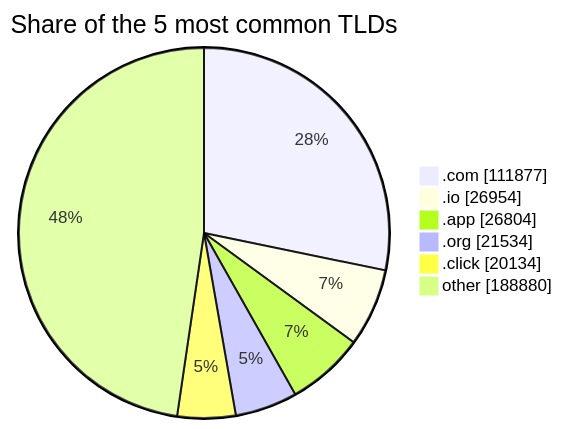
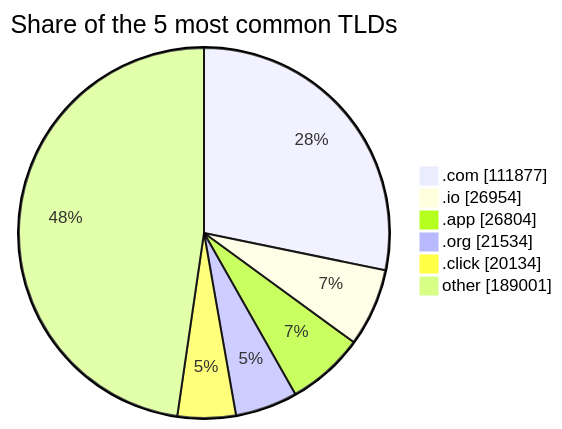
The third of 3 diagrams in README.md (DNSBunker/CTI), drawn with Mermaid before and after one commit. The commit also changed other lines of this file and 3 other files, not shown here.

````diff
--- a/README.md
+++ b/README.md
@@ -81,9 +81,9 @@
 ```mermaid
 pie showData title Share of the 5 most common TLDs
     ".com" : 111877
     ".io" : 26954
     ".app" : 26804
     ".org" : 21534
     ".click" : 20134
-    "other" : 188880
+    "other" : 189001
 ```
````
